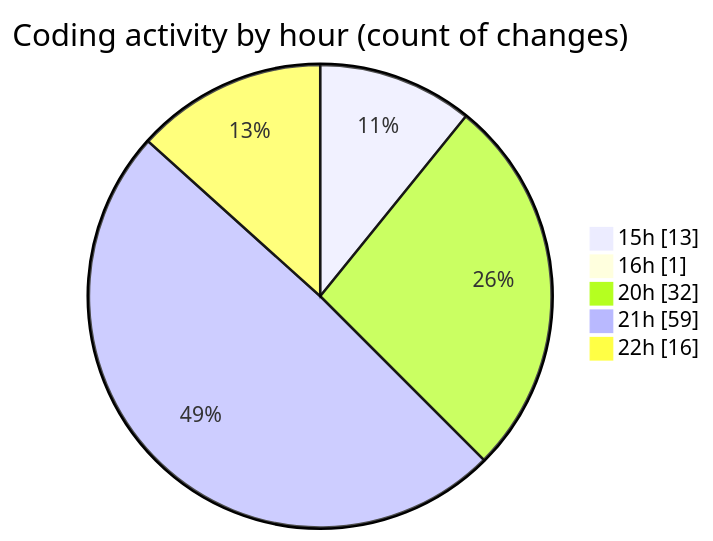
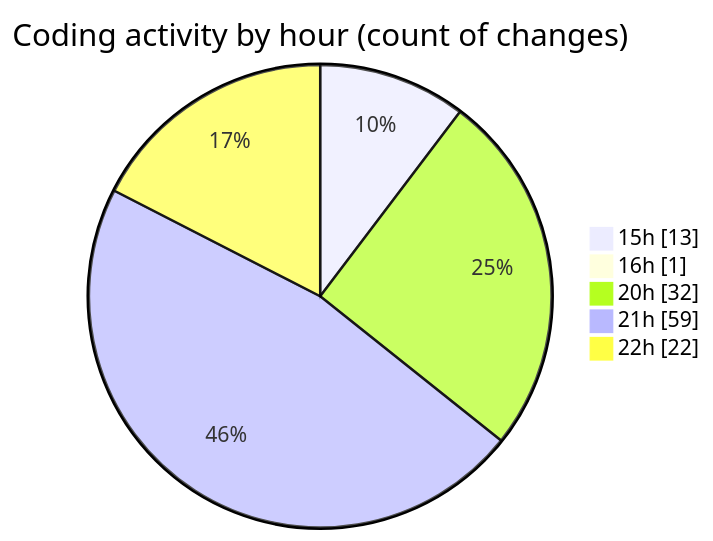
One commit to EIIisD/code-tracking changed the second of 2 diagrams in 2025-07-17/ribbon/README.md. Above: the diagram before and after it, drawn with Mermaid. The commit also changed other lines of this file and 1 other file, not shown here.

````diff
--- a/2025-07-17/ribbon/README.md
+++ b/2025-07-17/ribbon/README.md
@@ -68,9 +68,9 @@
 ```mermaid
 pie showData
 title Coding activity by hour (count of changes)
 "15h" : 13
 "16h" : 1
 "20h" : 32
 "21h" : 59
-"22h" : 16
+"22h" : 22
 ```
````
